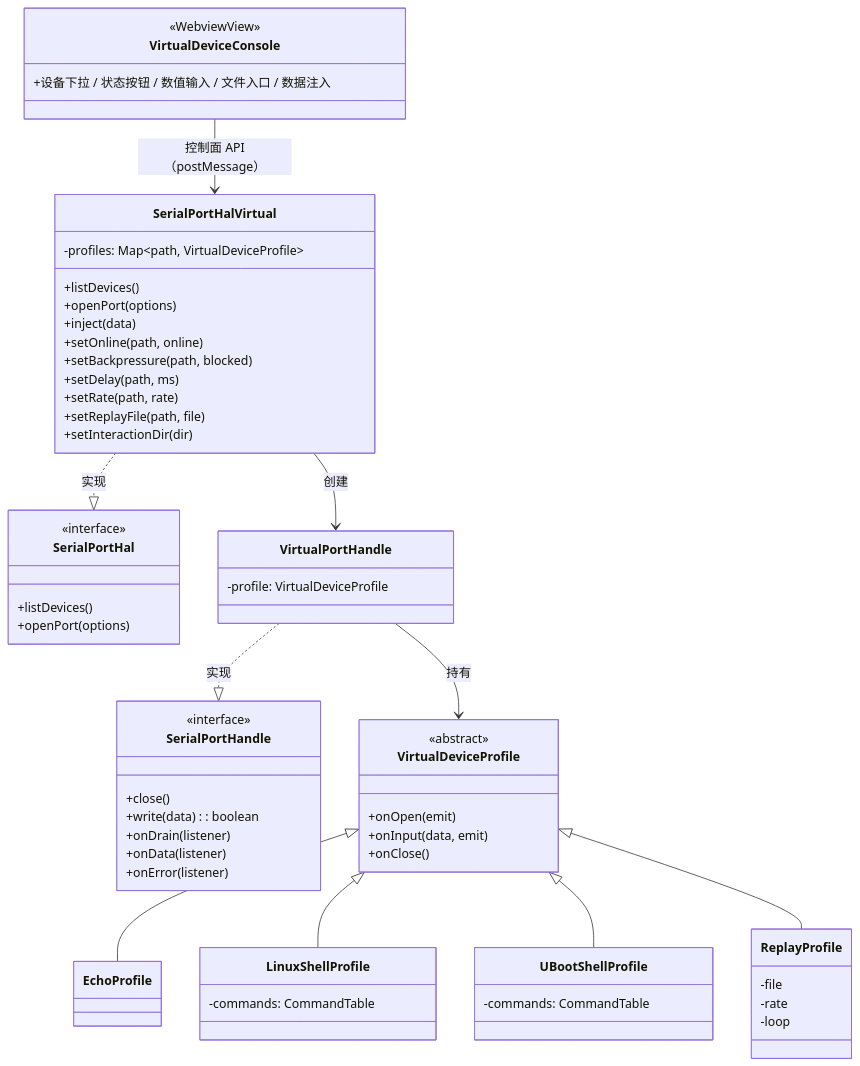
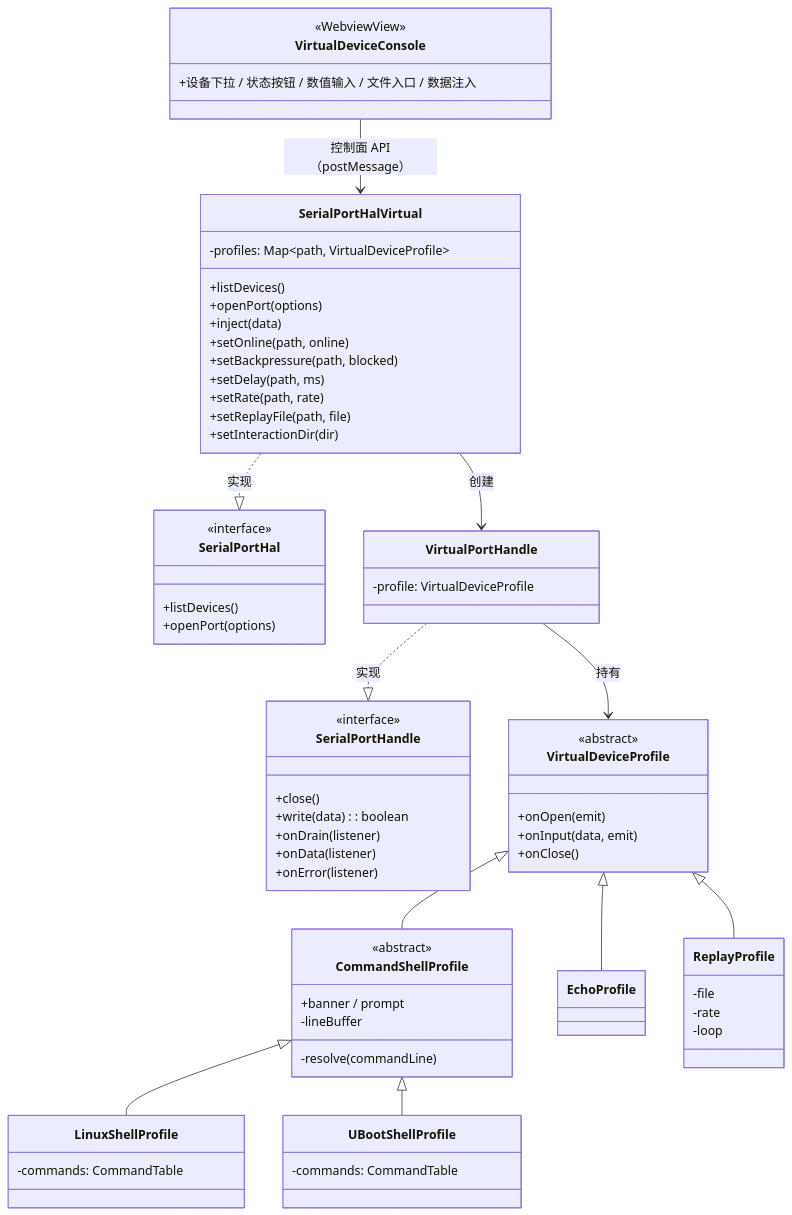
One commit to ziqiang-zhu/vscode-serial-port-terminal changed the diagram in doc/Hal/SerialPortHalVirtual规划.md. Above: the diagram before and after it, drawn with Mermaid. The commit also changed other lines of this file and 11 other files, not shown here.

First line of the commit message:
feat: add Linux and U-Boot shell profiles to the virtual HAL

````diff
--- a/doc/Hal/SerialPortHalVirtual规划.md
+++ b/doc/Hal/SerialPortHalVirtual规划.md
@@ -177,62 +193,69 @@
 ```mermaid
 classDiagram
     class SerialPortHal {
         <<interface>>
         +listDevices()
         +openPort(options)
     }
     class SerialPortHandle {
         <<interface>>
         +close()
         +write(data): boolean
         +onDrain(listener)
         +onData(listener)
         +onError(listener)
     }
     class SerialPortHalVirtual {
         -profiles: Map~path, VirtualDeviceProfile~
         +listDevices()
         +openPort(options)
         +inject(data)
         +setOnline(path, online)
         +setBackpressure(path, blocked)
         +setDelay(path, ms)
         +setRate(path, rate)
         +setReplayFile(path, file)
         +setInteractionDir(dir)
     }
     class VirtualPortHandle {
         -profile: VirtualDeviceProfile
     }
     class VirtualDeviceProfile {
         <<abstract>>
         +onOpen(emit)
         +onInput(data, emit)
         +onClose()
     }
+    class CommandShellProfile {
+        <<abstract>>
+        +banner / prompt
+        -lineBuffer
+        -resolve(commandLine)
+    }
     class EchoProfile
     class LinuxShellProfile {
         -commands: CommandTable
     }
     class UBootShellProfile {
         -commands: CommandTable
     }
     class ReplayProfile {
         -file
         -rate
         -loop
     }
     class VirtualDeviceConsole {
         <<WebviewView>>
         +设备下拉 / 状态按钮 / 数值输入 / 文件入口 / 数据注入
     }
     SerialPortHalVirtual ..|> SerialPortHal : 实现
     VirtualPortHandle ..|> SerialPortHandle : 实现
     SerialPortHalVirtual --> VirtualPortHandle : 创建
     VirtualPortHandle --> VirtualDeviceProfile : 持有
     VirtualDeviceProfile <|-- EchoProfile
-    VirtualDeviceProfile <|-- LinuxShellProfile
-    VirtualDeviceProfile <|-- UBootShellProfile
+    VirtualDeviceProfile <|-- CommandShellProfile
+    CommandShellProfile <|-- LinuxShellProfile
+    CommandShellProfile <|-- UBootShellProfile
     VirtualDeviceProfile <|-- ReplayProfile
     VirtualDeviceConsole --> SerialPortHalVirtual : 控制面 API（postMessage）
 ```
````
